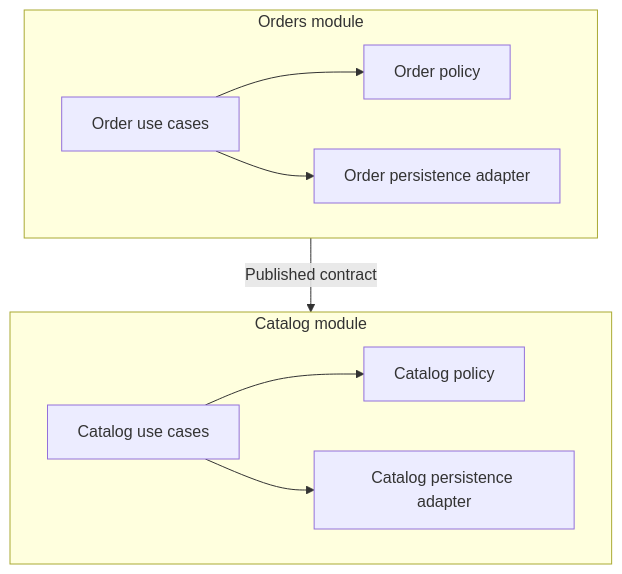
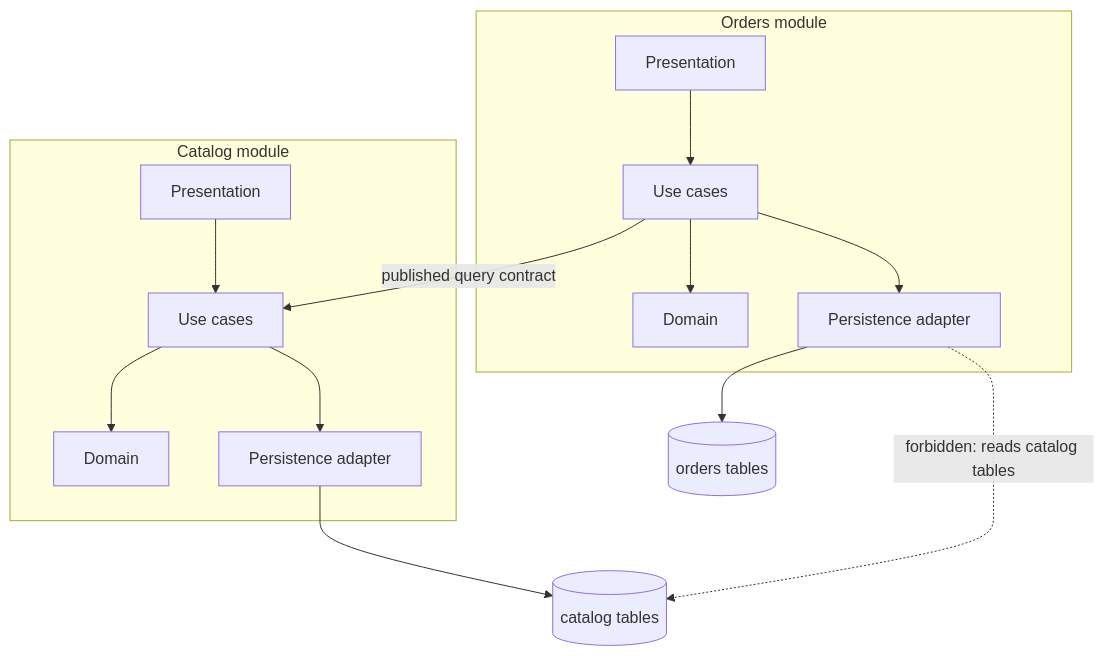
Before and after one commit to joydasss/Architect: the eighth of 12 diagrams in 20_Architecture_Patterns/CH01_Layered_Architecture.md, drawn with Mermaid. The commit also changed other lines of this file and 295 other files, not shown here.

````diff
--- a/20_Architecture_Patterns/CH01_Layered_Architecture.md
+++ b/20_Architecture_Patterns/CH01_Layered_Architecture.md
@@ -88,18 +554,25 @@
 ```mermaid
 flowchart TB
-    subgraph Orders[Orders module]
-        OApp[Order use cases]
-        ODomain[Order policy]
-        OInfra[Order persistence adapter]
-        OApp --> ODomain
+    subgraph Orders["Orders module"]
+        OPres["Presentation"]
+        OApp["Use cases"]
+        ODom["Domain"]
+        OInfra["Persistence adapter"]
+        OPres --> OApp
+        OApp --> ODom
         OApp --> OInfra
     end
-    subgraph Catalog[Catalog module]
-        CApp[Catalog use cases]
-        CDomain[Catalog policy]
-        CInfra[Catalog persistence adapter]
-        CApp --> CDomain
+    subgraph Catalog["Catalog module"]
+        CPres["Presentation"]
+        CApp["Use cases"]
+        CDom["Domain"]
+        CInfra["Persistence adapter"]
+        CPres --> CApp
+        CApp --> CDom
         CApp --> CInfra
     end
-    Orders -->|Published contract| Catalog
+    OApp -->|"published query contract"| CApp
+    OInfra --> OTables[("orders tables")]
+    CInfra --> CTables[("catalog tables")]
+    OInfra -. "forbidden: reads catalog tables" .-> CTables
 ```
````
